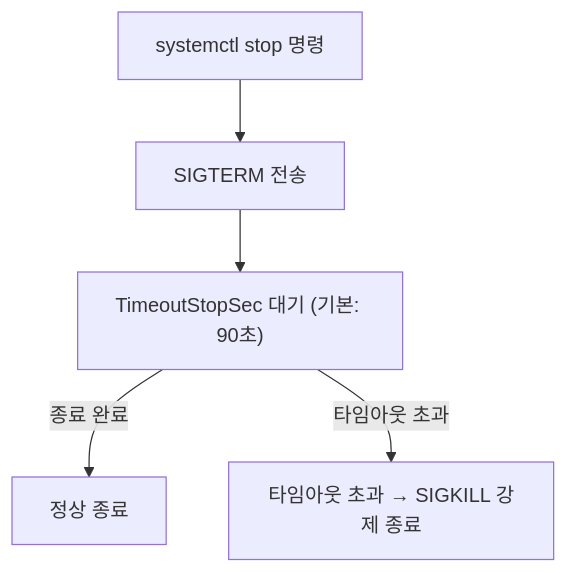
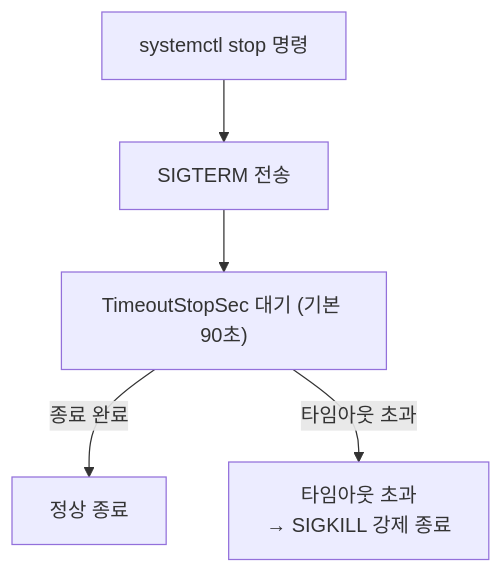
Before and after one commit to moonblueblue/devops-wiki: the third of 3 diagrams in content/linux/boot-init/systemd.md, drawn with Mermaid. The commit also changed 6 other files, not shown here.

First line of the commit message:
style: Mermaid 노드 라벨 줄바꿈 규칙 적용 및 CLAUDE.md 업데이트

````diff
--- a/content/linux/boot-init/systemd.md
+++ b/content/linux/boot-init/systemd.md
@@ -528,12 +528,12 @@
 ```mermaid
 graph TD
     A[systemctl stop 명령]
     B[SIGTERM 전송]
-    C["TimeoutStopSec 대기 (기본: 90초)"]
+    C["TimeoutStopSec 대기 (기본 90초)"]
     D[정상 종료]
-    E[타임아웃 초과 → SIGKILL 강제 종료]
+    E["타임아웃 초과\n→ SIGKILL 강제 종료"]
 
     A --> B --> C
     C -->|종료 완료| D
     C -->|타임아웃 초과| E
 ```
````
